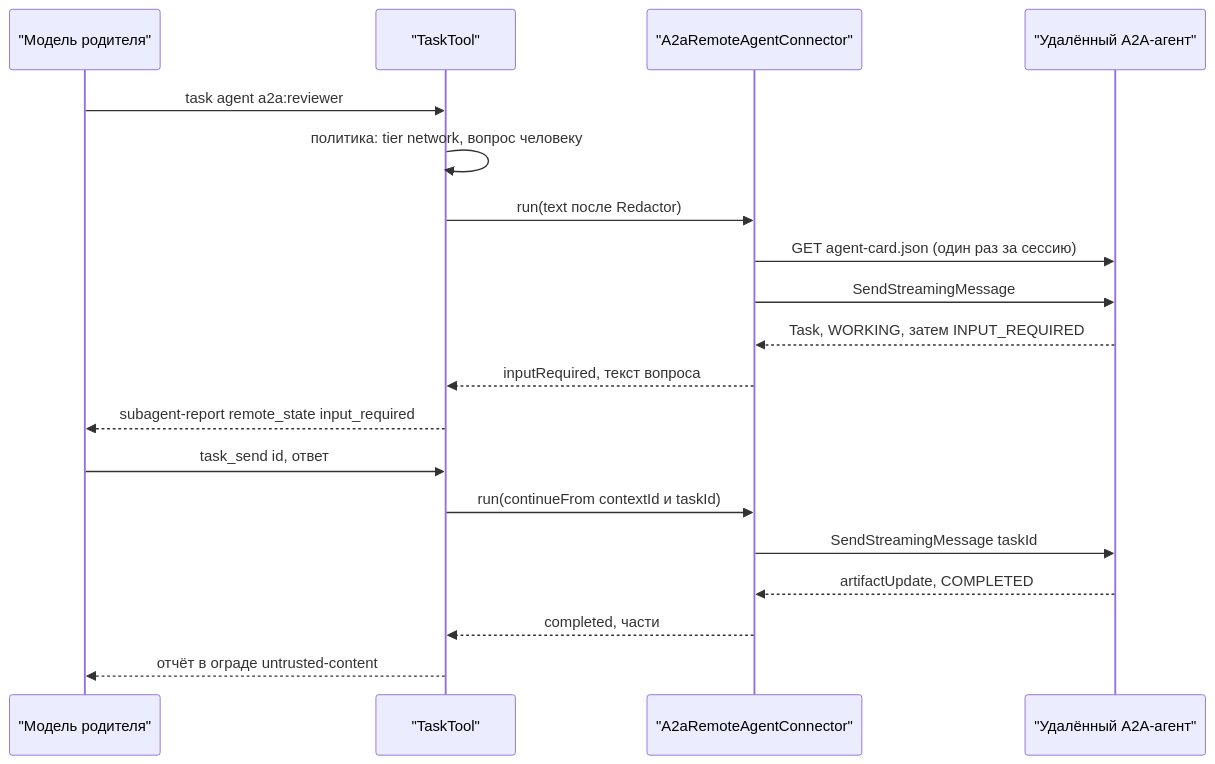
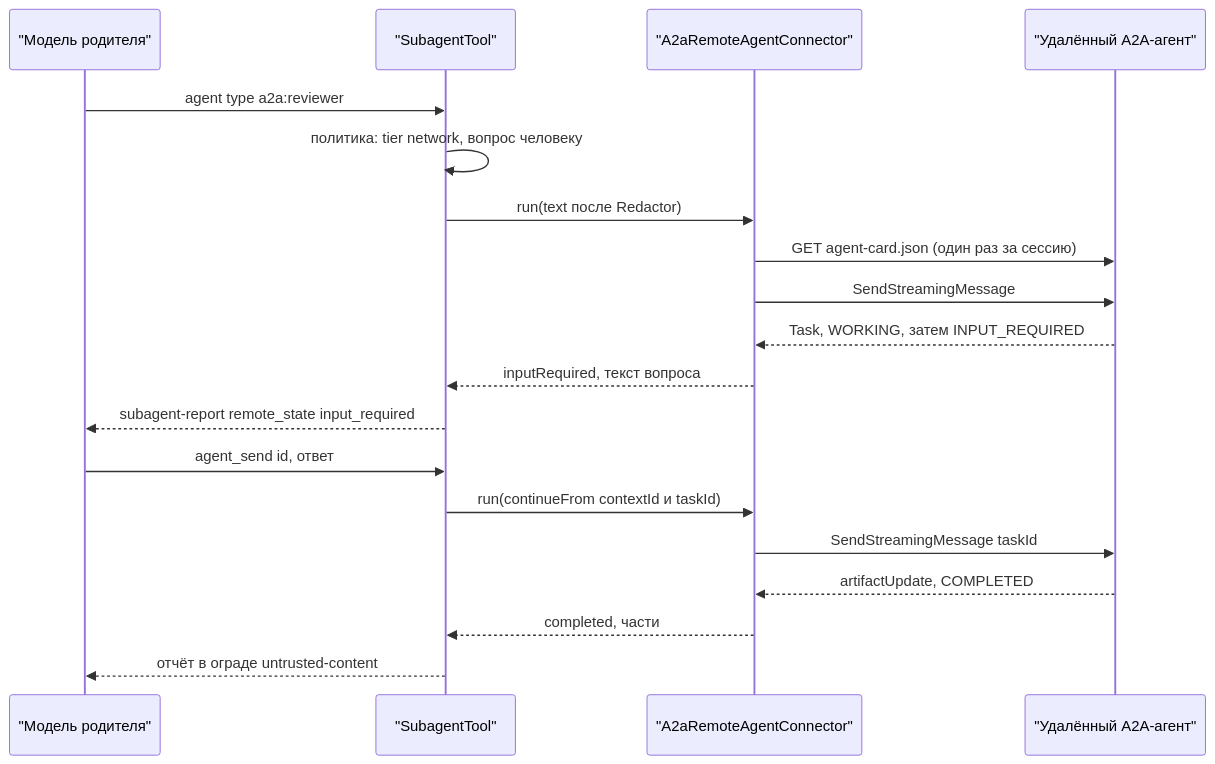
The diagram in docs/architecture/proposals/agent-core/17-15-a2a.md (pese-git/codelab-app), drawn with Mermaid before and after one commit. The commit also changed other lines of this file and 44 other files, not shown here.

````diff
--- a/docs/architecture/proposals/agent-core/17-15-a2a.md
+++ b/docs/architecture/proposals/agent-core/17-15-a2a.md
@@ -251,21 +251,21 @@
 ```mermaid
 sequenceDiagram
     participant M as "Модель родителя"
-    participant T as "TaskTool"
+    participant T as "SubagentTool"
     participant R as "A2aRemoteAgentConnector"
     participant S as "Удалённый A2A-агент"
-    M->>T: task agent a2a:reviewer
+    M->>T: agent type a2a:reviewer
     T->>T: политика: tier network, вопрос человеку
     T->>R: run(text после Redactor)
     R->>S: GET agent-card.json (один раз за сессию)
     R->>S: SendStreamingMessage
     S-->>R: Task, WORKING, затем INPUT_REQUIRED
     R-->>T: inputRequired, текст вопроса
     T-->>M: subagent-report remote_state input_required
-    M->>T: task_send id, ответ
+    M->>T: agent_send id, ответ
     T->>R: run(continueFrom contextId и taskId)
     R->>S: SendStreamingMessage taskId
     S-->>R: artifactUpdate, COMPLETED
     R-->>T: completed, части
     T-->>M: отчёт в ограде untrusted-content
 ```
````
